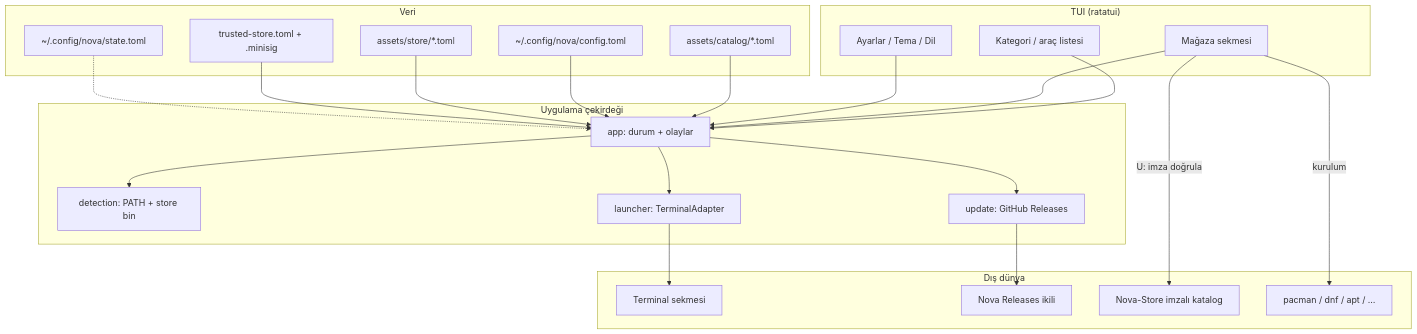
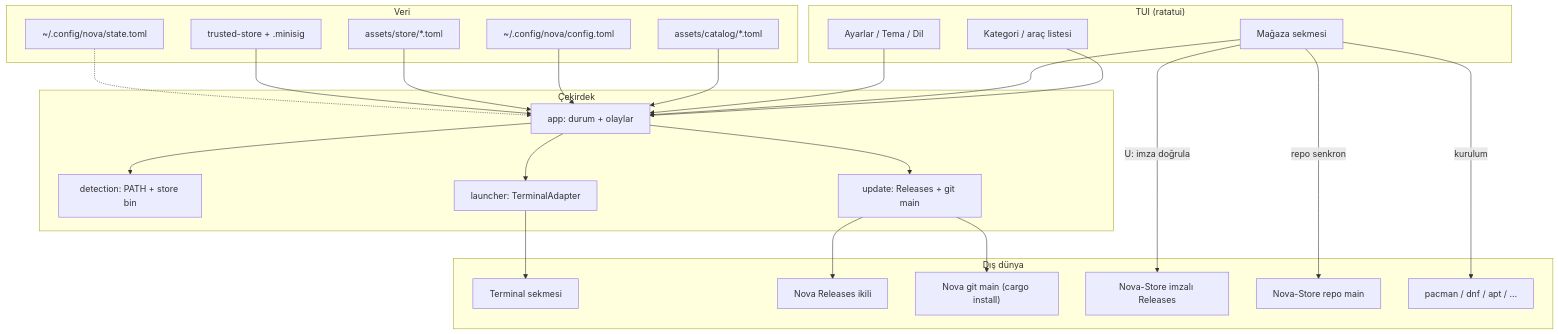
The diagram in README.md (Teknoloji-Filozoflari/Nova), drawn with Mermaid before and after one commit. The commit also changed other lines of this file and 9 other files, not shown here.

````diff
--- a/README.md
+++ b/README.md
@@ -134,44 +134,48 @@
 ```mermaid
 flowchart TB
   subgraph UI["TUI (ratatui)"]
     Cat[Kategori / araç listesi]
     StoreTab[Mağaza sekmesi]
     Settings[Ayarlar / Tema / Dil]
   end
 
-  subgraph Core["Uygulama çekirdeği"]
+  subgraph Core["Çekirdek"]
     App[app: durum + olaylar]
     Detect[detection: PATH + store bin]
     Launch[launcher: TerminalAdapter]
-    Update[update: GitHub Releases]
+    Update[update: Releases + git main]
   end
 
   subgraph Data["Veri"]
     EmbCat["assets/catalog/*.toml"]
     EmbStore["assets/store/*.toml"]
     UserCfg["~/.config/nova/config.toml"]
     State["~/.config/nova/state.toml"]
-    Trusted["trusted-store.toml + .minisig"]
+    Trusted["trusted-store + .minisig"]
   end
 
   subgraph External["Dış dünya"]
     Term[Terminal sekmesi]
     GH[Nova Releases ikili]
-    NS[Nova-Store imzalı katalog]
-    PM[pacman / dnf / apt / …]
+    GitMain["Nova git main (cargo install)"]
+    NSRel[Nova-Store imzalı Releases]
+    NSRepo["Nova-Store repo main"]
+    PM["pacman / dnf / apt / …"]
   end
 
   Cat --> App
   StoreTab --> App
   Settings --> App
   EmbCat --> App
   UserCfg --> App
   EmbStore --> App
   Trusted --> App
   App --> Detect
   App --> Launch --> Term
   App --> Update --> GH
-  StoreTab -->|"U: imza doğrula"| NS
+  Update --> GitMain
+  StoreTab -->|"U: imza doğrula"| NSRel
+  StoreTab -->|"repo senkron"| NSRepo
   StoreTab -->|kurulum| PM
   State -.-> App
 ```
````
